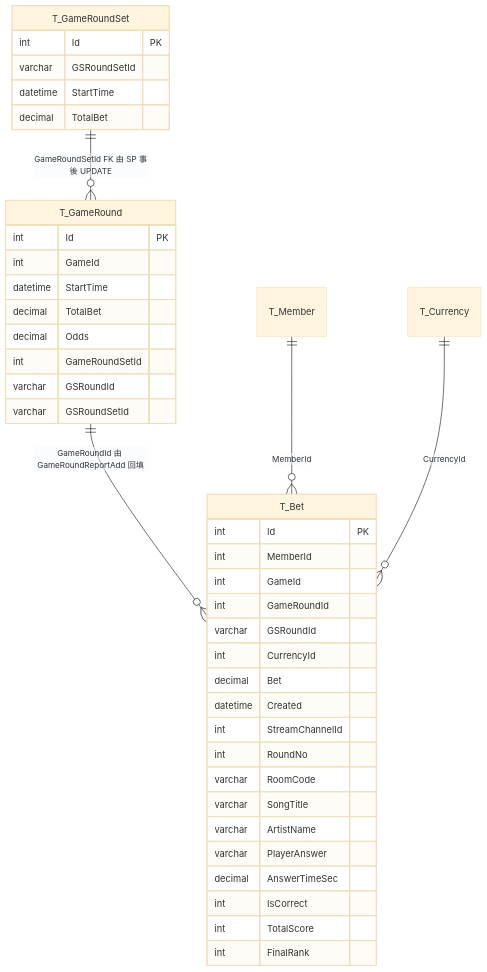
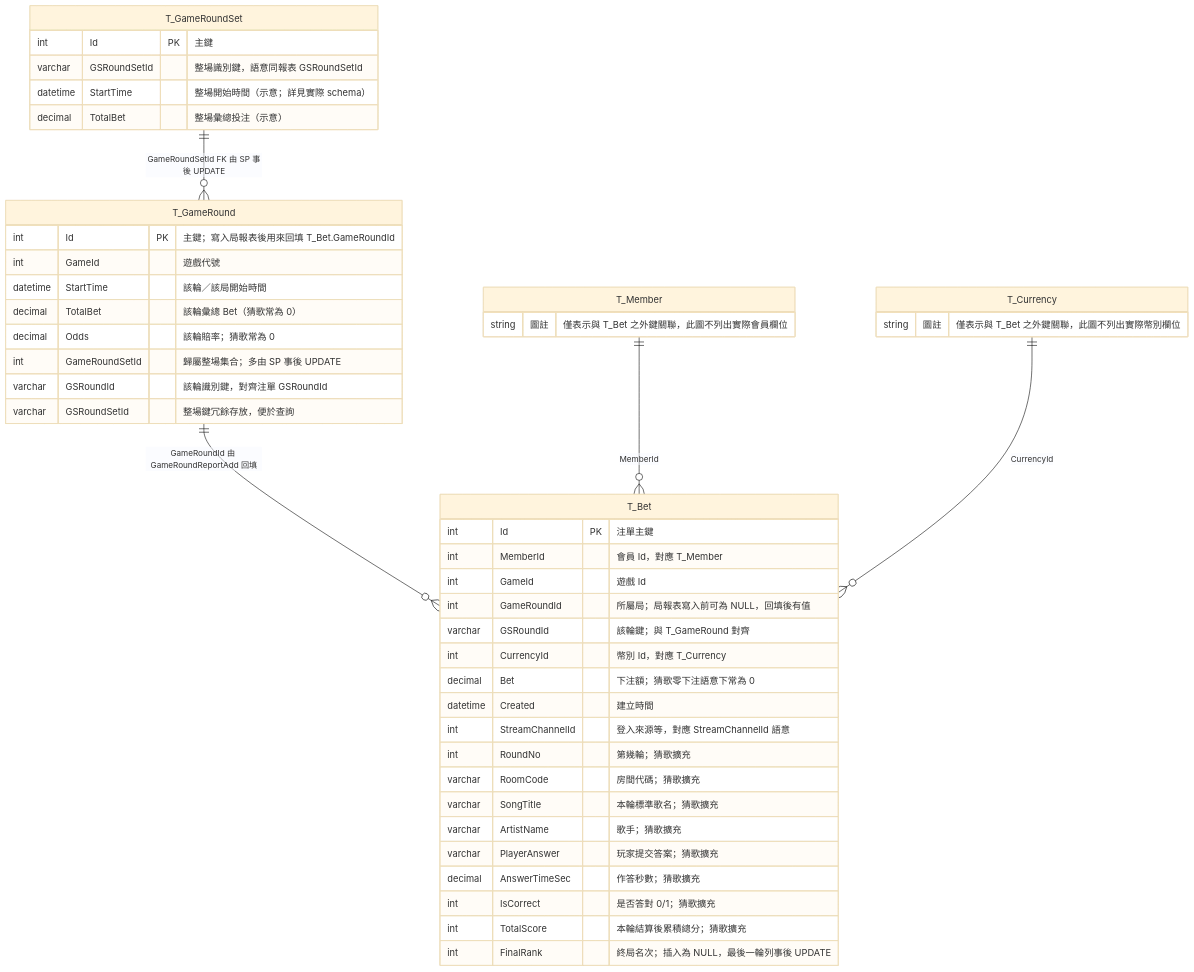
One commit to gureaisu/gureaisu.github.io changed the diagram in _posts/2026-03-25-guesssong-dbreport-change-note.md. Above: the diagram before and after it, drawn with Mermaid (base theme). The commit also changed other lines of this file, not shown here.

````diff
--- a/_posts/2026-03-25-guesssong-dbreport-change-note.md
+++ b/_posts/2026-03-25-guesssong-dbreport-change-note.md
@@ -46,46 +46,55 @@
 ```mermaid
 erDiagram
+  %% 整場集合 → 單局彙總 → 每人注單。欄位尾端雙引號內為 Mermaid 官方「註解」語法，等同多一欄說明（非額外 DB 欄位名）
   T_GameRoundSet ||--o{ T_GameRound : "GameRoundSetId FK 由 SP 事後 UPDATE"
   T_GameRound ||--o{ T_Bet : "GameRoundId 由 GameRoundReportAdd 回填"
   T_Member ||--o{ T_Bet : MemberId
   T_Currency ||--o{ T_Bet : CurrencyId
 
   T_GameRoundSet {
-    int Id PK
-    varchar GSRoundSetId
-    datetime StartTime
-    decimal TotalBet
+    int Id PK "主鍵"
+    varchar GSRoundSetId "整場識別鍵，語意同報表 GSRoundSetId"
+    datetime StartTime "整場開始時間（示意；詳見實際 schema）"
+    decimal TotalBet "整場彙總投注（示意）"
   }
 
   T_GameRound {
-    int Id PK
-    int GameId
-    datetime StartTime
-    decimal TotalBet
-    decimal Odds
-    int GameRoundSetId
-    varchar GSRoundId
-    varchar GSRoundSetId
+    int Id PK "主鍵；寫入局報表後用來回填 T_Bet.GameRoundId"
+    int GameId "遊戲代號"
+    datetime StartTime "該輪／該局開始時間"
+    decimal TotalBet "該輪彙總 Bet（猜歌常為 0）"
+    decimal Odds "該輪賠率；猜歌常為 0"
+    int GameRoundSetId "歸屬整場集合；多由 SP 事後 UPDATE"
+    varchar GSRoundId "該輪識別鍵，對齊注單 GSRoundId"
+    varchar GSRoundSetId "整場鍵冗餘存放，便於查詢"
   }
 
   T_Bet {
-    int Id PK
-    int MemberId
-    int GameId
-    int GameRoundId
-    varchar GSRoundId
-    int CurrencyId
-    decimal Bet
-    datetime Created
-    int StreamChannelId
-    int RoundNo
-    varchar RoomCode
-    varchar SongTitle
-    varchar ArtistName
-    varchar PlayerAnswer
-    decimal AnswerTimeSec
-    int IsCorrect
-    int TotalScore
-    int FinalRank
+    int Id PK "注單主鍵"
+    int MemberId "會員 Id，對應 T_Member"
+    int GameId "遊戲 Id"
+    int GameRoundId "所屬局；局報表寫入前可為 NULL，回填後有值"
+    varchar GSRoundId "該輪鍵；與 T_GameRound 對齊"
+    int CurrencyId "幣別 Id，對應 T_Currency"
+    decimal Bet "下注額；猜歌零下注語意下常為 0"
+    datetime Created "建立時間"
+    int StreamChannelId "登入來源等，對應 StreamChannelId 語意"
+    int RoundNo "第幾輪；猜歌擴充"
+    varchar RoomCode "房間代碼；猜歌擴充"
+    varchar SongTitle "本輪標準歌名；猜歌擴充"
+    varchar ArtistName "歌手；猜歌擴充"
+    varchar PlayerAnswer "玩家提交答案；猜歌擴充"
+    decimal AnswerTimeSec "作答秒數；猜歌擴充"
+    int IsCorrect "是否答對 0/1；猜歌擴充"
+    int TotalScore "本輪結算後累積總分；猜歌擴充"
+    int FinalRank "終局名次；插入為 NULL，最後一輪列事後 UPDATE"
+  }
+
+  T_Member {
+    string 圖註 "僅表示與 T_Bet 之外鍵關聯，此圖不列出實際會員欄位"
+  }
+
+  T_Currency {
+    string 圖註 "僅表示與 T_Bet 之外鍵關聯，此圖不列出實際幣別欄位"
   }
 ```
````
